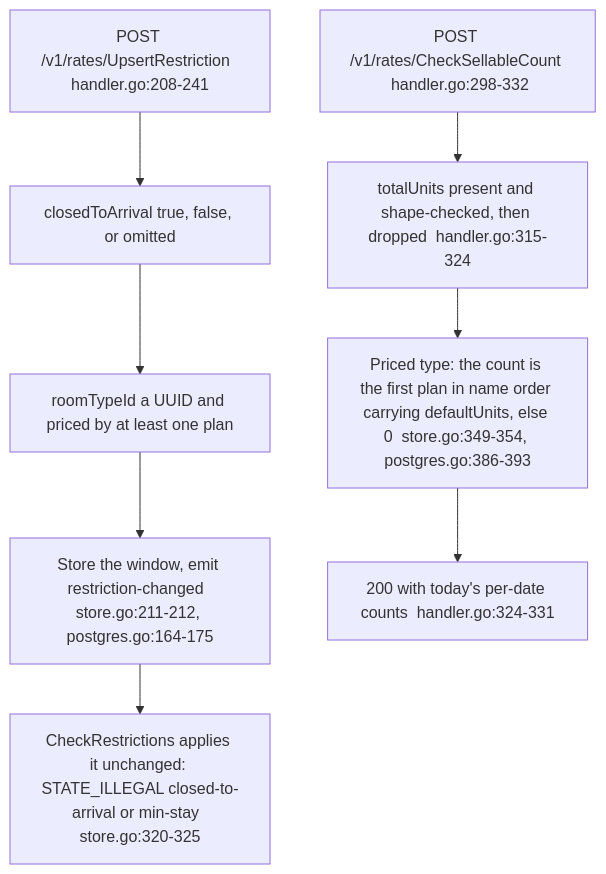
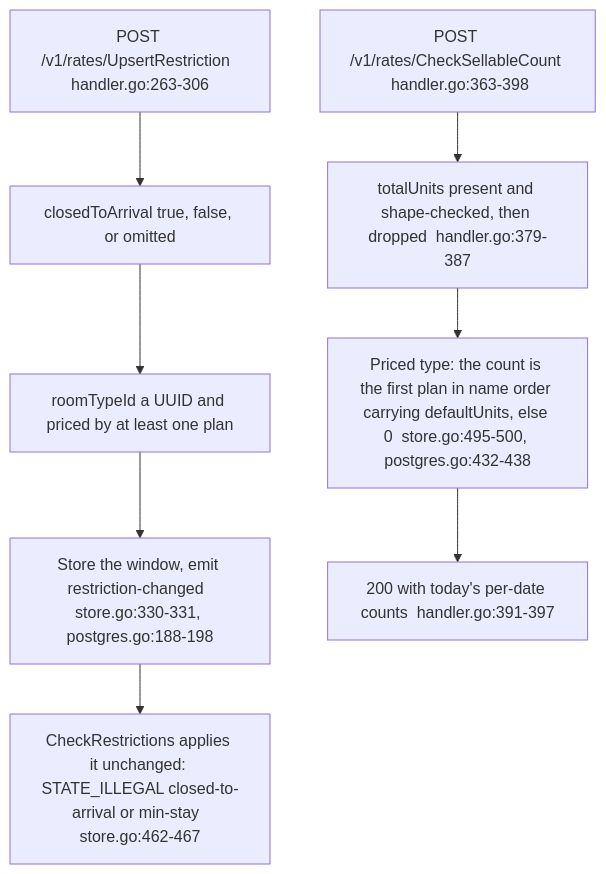
One commit to MingChen1501/hotel-mgmt changed the second of 5 diagrams in docs/architecture/services/rates.md. Above: the diagram before and after it, drawn with Mermaid. The commit also changed other lines of this file and 25 other files, not shown here.

First line of the commit message:
fix(rates): Fail closed on malformed restriction and availability input (#772)

````diff
--- a/docs/architecture/services/rates.md
+++ b/docs/architecture/services/rates.md
@@ -55,10 +55,10 @@
 ```mermaid
 flowchart TD
-    A[POST /v1/rates/UpsertRestriction  handler.go:208-241] --> B[closedToArrival true, false, or omitted]
+    A[POST /v1/rates/UpsertRestriction  handler.go:263-306] --> B[closedToArrival true, false, or omitted]
     B --> C[roomTypeId a UUID and priced by at least one plan]
-    C --> D[Store the window, emit restriction-changed  store.go:211-212, postgres.go:164-175]
-    D --> E[CheckRestrictions applies it unchanged: STATE_ILLEGAL closed-to-arrival or min-stay  store.go:320-325]
-    F[POST /v1/rates/CheckSellableCount  handler.go:298-332] --> G[totalUnits present and shape-checked, then dropped  handler.go:315-324]
-    G --> H[Priced type: the count is the first plan in name order carrying defaultUnits, else 0  store.go:349-354, postgres.go:386-393]
-    H --> I[200 with today's per-date counts  handler.go:324-331]
+    C --> D[Store the window, emit restriction-changed  store.go:330-331, postgres.go:188-198]
+    D --> E[CheckRestrictions applies it unchanged: STATE_ILLEGAL closed-to-arrival or min-stay  store.go:462-467]
+    F[POST /v1/rates/CheckSellableCount  handler.go:363-398] --> G[totalUnits present and shape-checked, then dropped  handler.go:379-387]
+    G --> H[Priced type: the count is the first plan in name order carrying defaultUnits, else 0  store.go:495-500, postgres.go:432-438]
+    H --> I[200 with today's per-date counts  handler.go:391-397]
 ```
````
